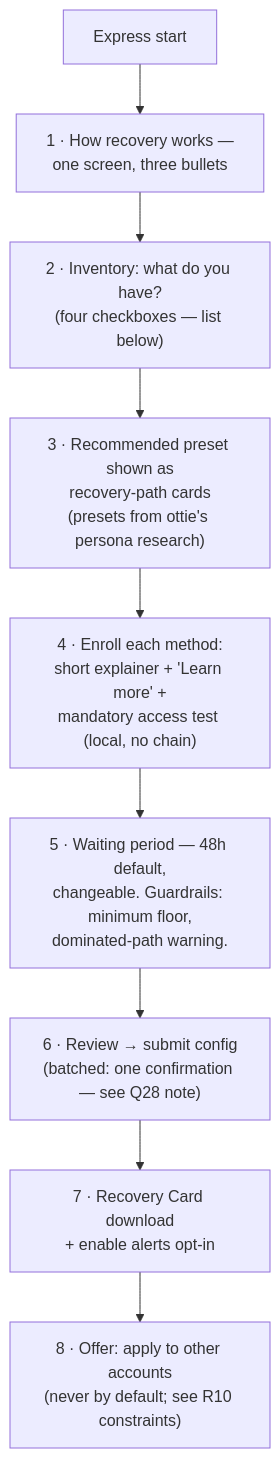
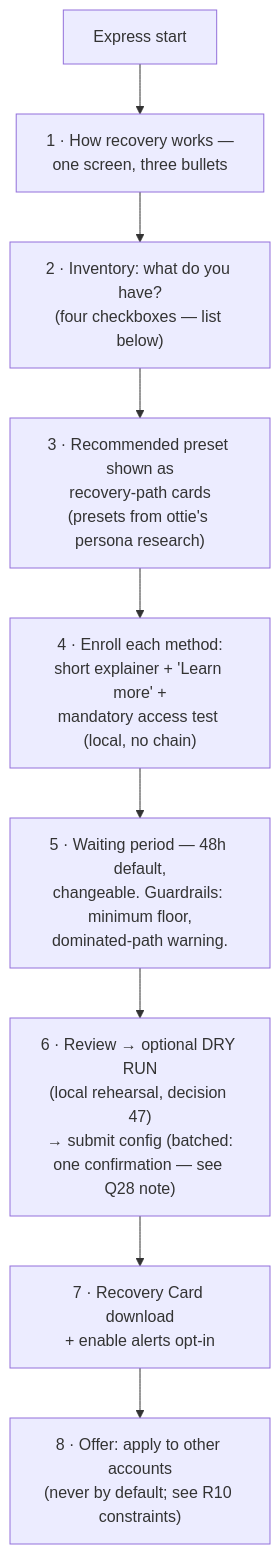
One commit to FiboAtWonder/kohaku-extension changed the fourth of 14 diagrams in social-recovery-ux-flows.md. Above: the diagram before and after it, drawn with Mermaid. The commit also changed other lines of this file, not shown here.

First line of the commit message:
docs: decisions 47-53 from the demo-review meeting

````diff
--- a/social-recovery-ux-flows.md
+++ b/social-recovery-ux-flows.md
@@ -148,11 +148,11 @@
 ```mermaid
 flowchart TD
     A[Express start] --> B["1 · How recovery works —<br/>one screen, three bullets"]
     B --> C["2 · Inventory: what do you have?<br/>(four checkboxes — list below)"]
     C --> D["3 · Recommended preset shown as<br/>recovery-path cards<br/>(presets from ottie's persona research)"]
     D --> E["4 · Enroll each method:<br/>short explainer + 'Learn more' +<br/>mandatory access test (local, no chain)"]
     E --> F["5 · Waiting period — 48h default,<br/>changeable. Guardrails: minimum floor,<br/>dominated-path warning."]
-    F --> G["6 · Review → submit config<br/>(batched: one confirmation — see Q28 note)"]
+    F --> G["6 · Review → optional DRY RUN<br/>(local rehearsal, decision 47)<br/>→ submit config (batched:<br/>one confirmation — see Q28 note)"]
     G --> H["7 · Recovery Card download<br/>+ enable alerts opt-in"]
     H --> I["8 · Offer: apply to other accounts<br/>(never by default; see R10 constraints)"]
 ```
````
